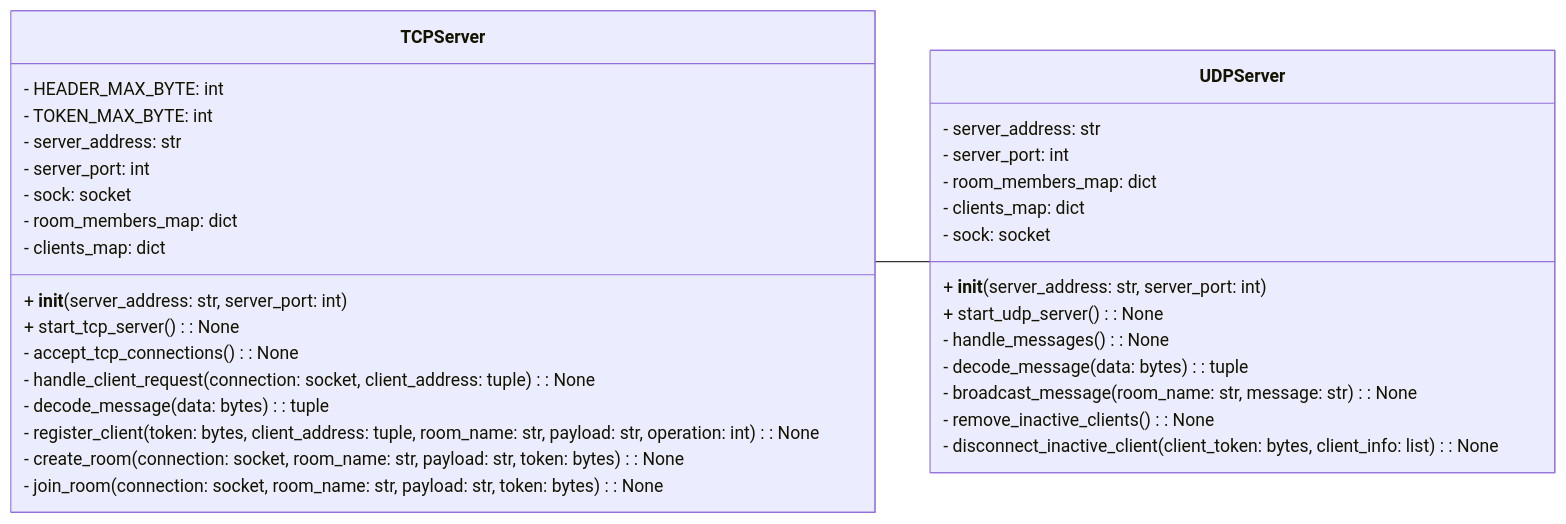
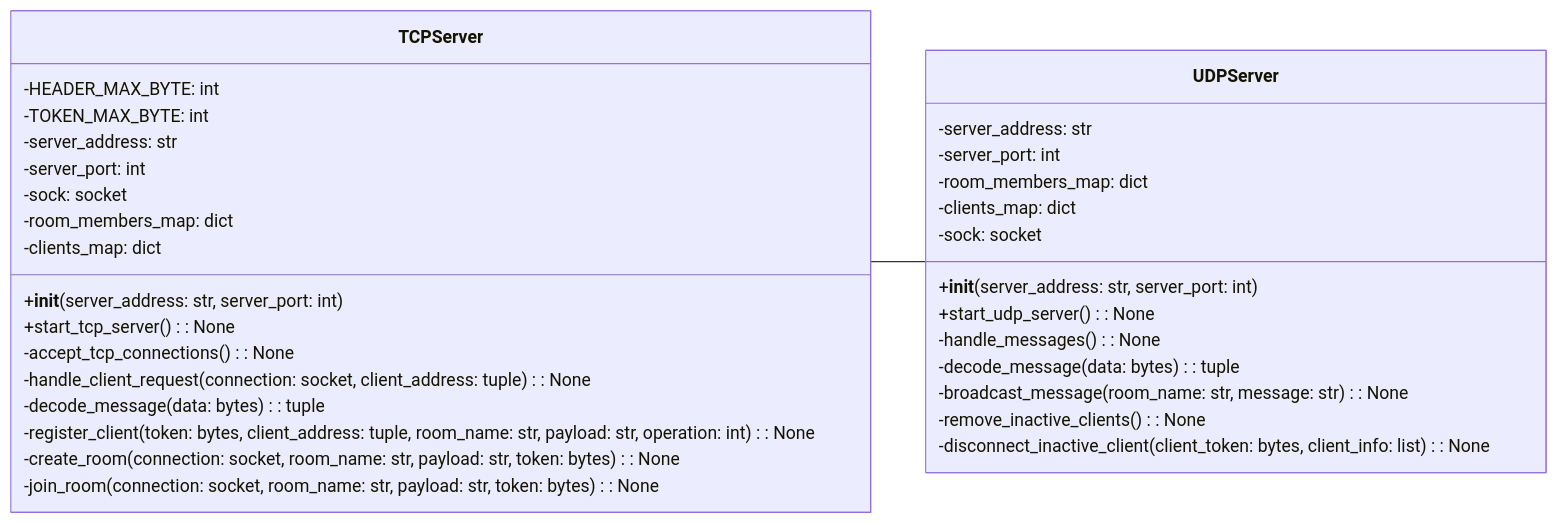
The first of 3 diagrams in README.md (BackendExplorer/Multi-User-Chat-App), drawn with Mermaid before and after one commit. The commit also changed other lines of this file, not shown here.

````diff
--- a/README.md
+++ b/README.md
@@ -78,39 +71,39 @@
 ```mermaid
 classDiagram
-direction LR
+    direction LR
 
-TCPServer -- UDPServer
+    TCPServer -- UDPServer
 
-class TCPServer {
-    - HEADER_MAX_BYTE: int
-    - TOKEN_MAX_BYTE: int
-    - server_address: str
-    - server_port: int
-    - sock: socket
-    - room_members_map: dict
-    - clients_map: dict
-    + __init__(server_address: str, server_port: int)
-    + start_tcp_server(): None
-    - accept_tcp_connections(): None
-    - handle_client_request(connection: socket, client_address: tuple): None
-    - decode_message(data: bytes): tuple
-    - register_client(token: bytes, client_address: tuple, room_name: str, payload: str, operation: int): None
-    - create_room(connection: socket, room_name: str, payload: str, token: bytes): None
-    - join_room(connection: socket, room_name: str, payload: str, token: bytes): None
-}
+    class TCPServer {
+        -HEADER_MAX_BYTE: int
+        -TOKEN_MAX_BYTE: int
+        -server_address: str
+        -server_port: int
+        -sock: socket
+        -room_members_map: dict
+        -clients_map: dict
+        +__init__(server_address: str, server_port: int)
+        +start_tcp_server(): None
+        -accept_tcp_connections(): None
+        -handle_client_request(connection: socket, client_address: tuple): None
+        -decode_message(data: bytes): tuple
+        -register_client(token: bytes, client_address: tuple, room_name: str, payload: str, operation: int): None
+        -create_room(connection: socket, room_name: str, payload: str, token: bytes): None
+        -join_room(connection: socket, room_name: str, payload: str, token: bytes): None
+    }
 
-class UDPServer {
-    - server_address: str
-    - server_port: int
-    - room_members_map: dict
-    - clients_map: dict
-    - sock: socket
-    + __init__(server_address: str, server_port: int)
-    + start_udp_server(): None
-    - handle_messages(): None
-    - decode_message(data: bytes): tuple
-    - broadcast_message(room_name: str, message: str): None
-    - remove_inactive_clients(): None
-    - disconnect_inactive_client(client_token: bytes, client_info: list): None
-}
+    class UDPServer {
+        -server_address: str
+        -server_port: int
+        -room_members_map: dict
+        -clients_map: dict
+        -sock: socket
+        +__init__(server_address: str, server_port: int)
+        +start_udp_server(): None
+        -handle_messages(): None
+        -decode_message(data: bytes): tuple
+        -broadcast_message(room_name: str, message: str): None
+        -remove_inactive_clients(): None
+        -disconnect_inactive_client(client_token: bytes, client_info: list): None
+    }
 ```
````
